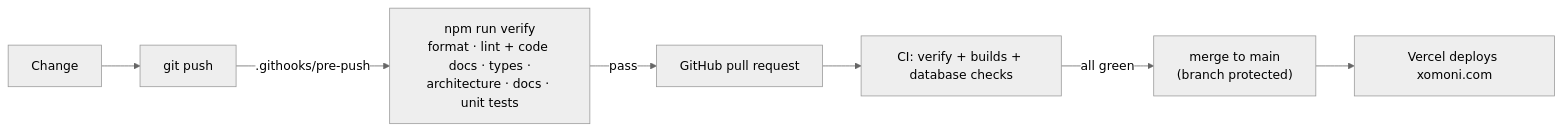
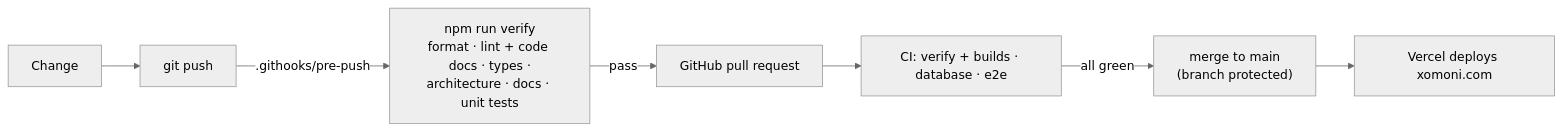
Before and after one commit to pirdehi/xomoni: the fifth of 5 diagrams in docs/ARCHITECTURE.md, drawn with Mermaid (neutral theme). The commit also changed other lines of this file and 70 other files, not shown here.

````diff
--- a/docs/ARCHITECTURE.md
+++ b/docs/ARCHITECTURE.md
@@ -230,9 +240,9 @@
 ```mermaid
 flowchart LR
   edit["Change"] --> push["git push"]
   push -- ".githooks/pre-push" --> verify["npm run verify<br/>format · lint + code docs · types ·<br/>architecture · docs · unit tests"]
   verify -- pass --> gh["GitHub pull request"]
-  gh --> ci["CI: verify + builds + database checks"]
+  gh --> ci["CI: verify + builds · database · e2e"]
   ci -- "all green" --> main["merge to main<br/>(branch protected)"]
   main --> vercel["Vercel deploys xomoni.com"]
 ```
````
